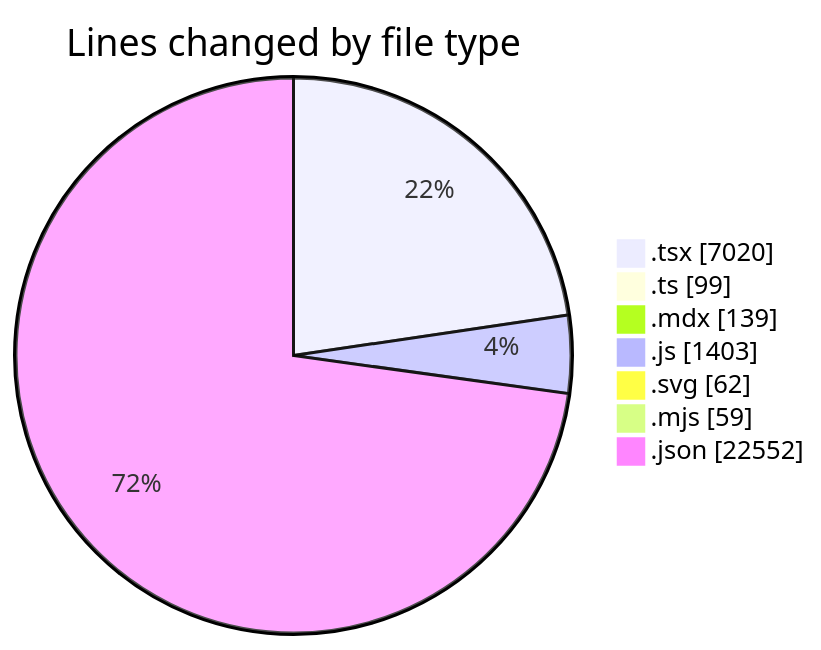
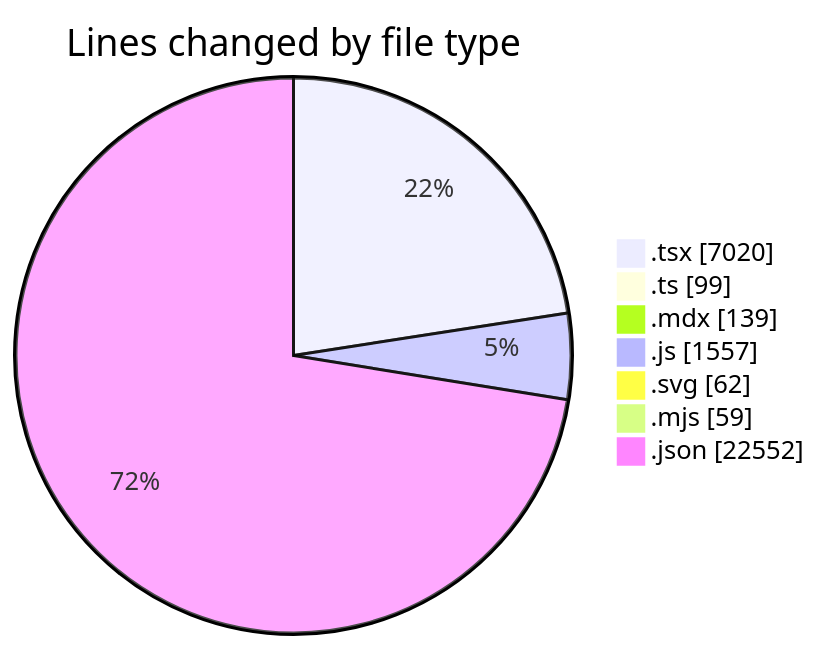
Before and after one commit to Elitesun/code-tracking: the first of 2 diagrams in 2025-05-10/elitesun/README.md, drawn with Mermaid. The commit also changed other lines of this file and 1 other file, not shown here.

````diff
--- a/2025-05-10/elitesun/README.md
+++ b/2025-05-10/elitesun/README.md
@@ -43,11 +43,11 @@
 ```mermaid
 pie showData
 title Lines changed by file type
 ".tsx" : 7020
 ".ts" : 99
 ".mdx" : 139
-".js" : 1403
+".js" : 1557
 ".svg" : 62
 ".mjs" : 59
 ".json" : 22552
 ```
````
